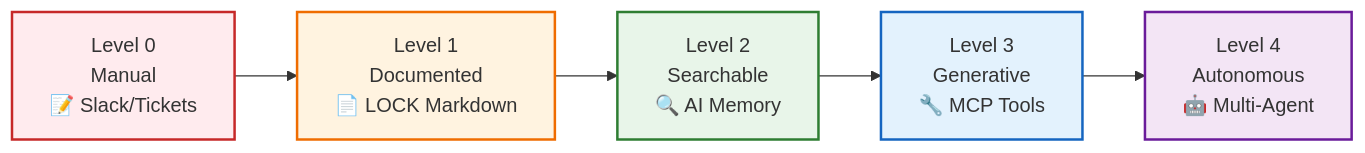
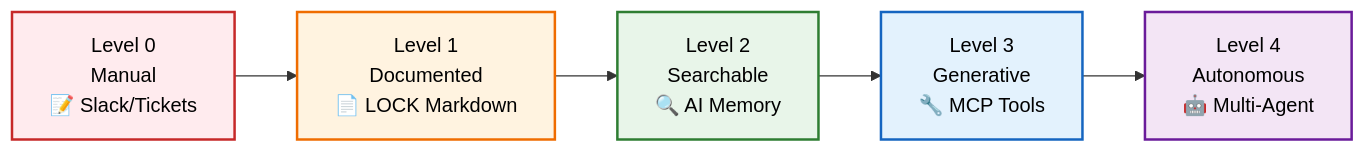
One commit to Nebulock-Inc/agentic-threat-hunting-framework changed the second of 4 diagrams in README.md. Above: the diagram before and after it, drawn with Mermaid. The commit also changed other lines of this file and 1 other file, not shown here.

Commit message:
mermaid diagram fonts are now black, making them more readable

````diff
--- a/README.md
+++ b/README.md
@@ -84,19 +84,19 @@
 ```mermaid
 graph LR
     L0["Level 0<br/>Manual<br/>📝 Slack/Tickets"]
     L1["Level 1<br/>Documented<br/>📄 LOCK Markdown"]
     L2["Level 2<br/>Searchable<br/>🔍 AI Memory"]
     L3["Level 3<br/>Generative<br/>🔧 MCP Tools"]
     L4["Level 4<br/>Autonomous<br/>🤖 Multi-Agent"]
 
     L0 --> L1
     L1 --> L2
     L2 --> L3
     L3 --> L4
 
-    style L0 fill:#ffebee,stroke:#c62828,stroke-width:2px
-    style L1 fill:#fff3e0,stroke:#ef6c00,stroke-width:2px
-    style L2 fill:#e8f5e9,stroke:#2e7d32,stroke-width:2px
-    style L3 fill:#e3f2fd,stroke:#1565c0,stroke-width:2px
-    style L4 fill:#f3e5f5,stroke:#6a1b9a,stroke-width:2px
+    style L0 fill:#ffebee,stroke:#c62828,stroke-width:2px,color:#000
+    style L1 fill:#fff3e0,stroke:#ef6c00,stroke-width:2px,color:#000
+    style L2 fill:#e8f5e9,stroke:#2e7d32,stroke-width:2px,color:#000
+    style L3 fill:#e3f2fd,stroke:#1565c0,stroke-width:2px,color:#000
+    style L4 fill:#f3e5f5,stroke:#6a1b9a,stroke-width:2px,color:#000
 ```
````
